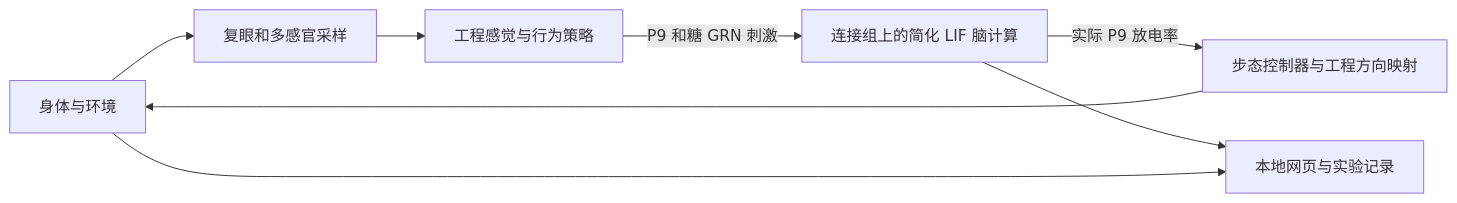
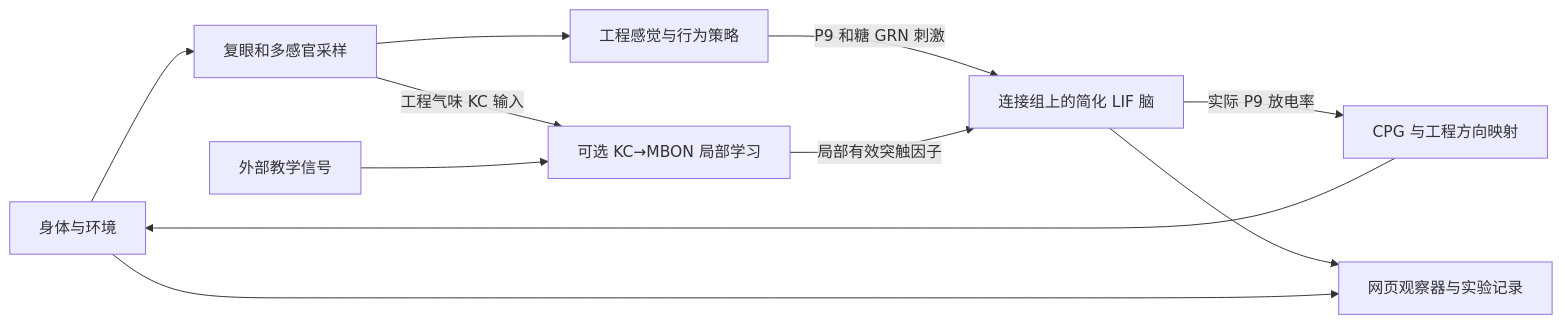
The diagram in 项目说明.md (koishiSaikou/embodied-fly-lab), drawn with Mermaid before and after one commit. The commit also changed other lines of this file and 22 other files, not shown here.

````diff
--- a/项目说明.md
+++ b/项目说明.md
@@ -68,10 +54,13 @@
 ```mermaid
 flowchart LR
     World[身体与环境] --> Sense[复眼和多感官采样]
     Sense --> Policy[工程感觉与行为策略]
-    Policy -->|P9 和糖 GRN 刺激| Brain[连接组上的简化 LIF 脑计算]
-    Brain -->|实际 P9 放电率| Motor[步态控制器与工程方向映射]
+    Policy -->|P9 和糖 GRN 刺激| Brain[连接组上的简化 LIF 脑]
+    Sense -->|工程气味 KC 输入| MB[可选 KC→MBON 局部学习]
+    Teaching[外部教学信号] --> MB
+    MB -->|局部有效突触因子| Brain
+    Brain -->|实际 P9 放电率| Motor[CPG 与工程方向映射]
     Motor --> World
-    Brain --> View[本地网页与实验记录]
+    Brain --> View[网页观察器与实验记录]
     World --> View
 ```
````
